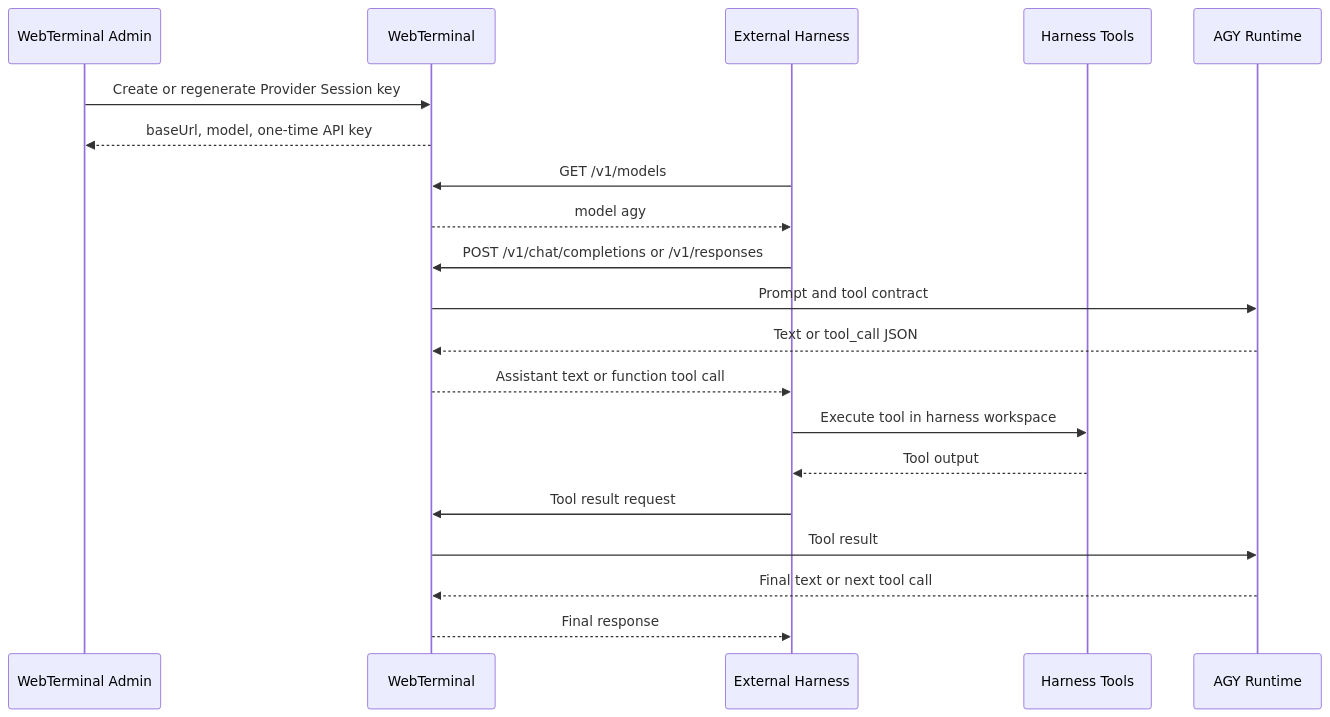
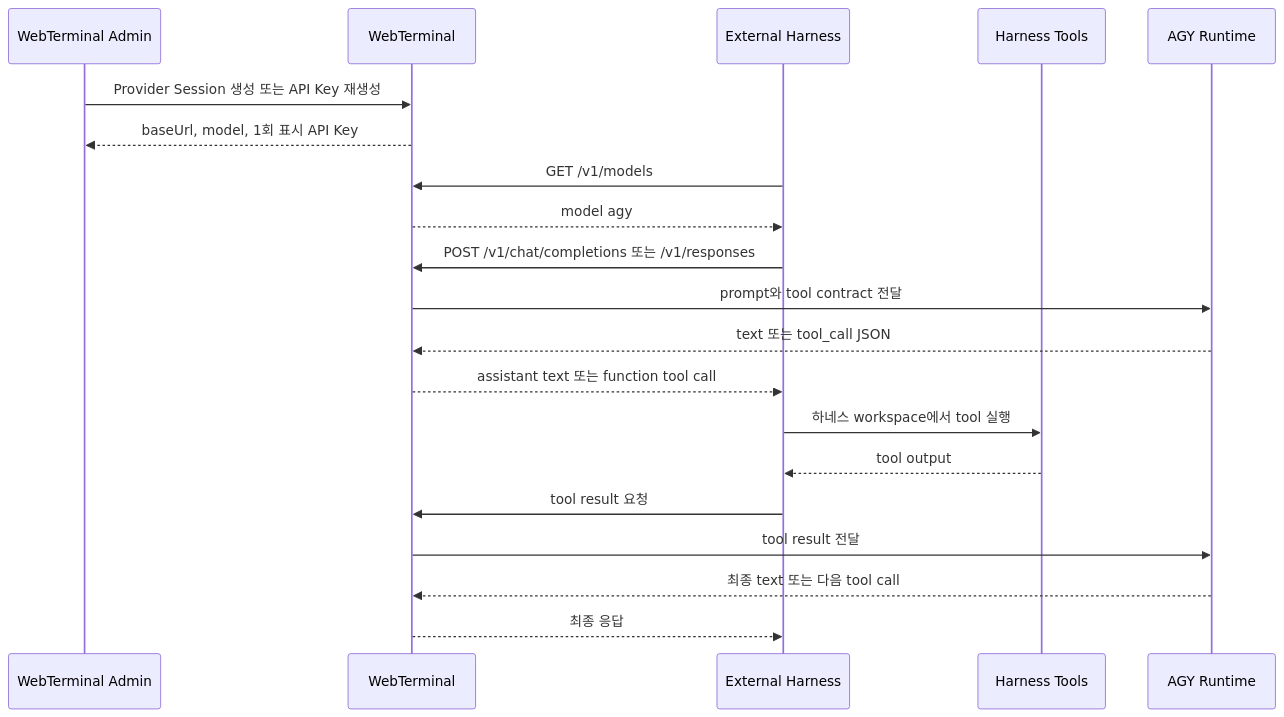
The diagram in docs/architecture/openai-provider-harness-spec.md (Terkiss/WebTerminal), drawn with Mermaid before and after one commit. The commit also changed other lines of this file, not shown here.

Commit message:
Translate provider harness spec to Korean

````diff
--- a/docs/architecture/openai-provider-harness-spec.md
+++ b/docs/architecture/openai-provider-harness-spec.md
@@ -14,23 +19,23 @@
 ```mermaid
 sequenceDiagram
     participant Admin as WebTerminal Admin
     participant WT as WebTerminal
     participant H as External Harness
     participant T as Harness Tools
     participant AGY as AGY Runtime
 
-    Admin->>WT: Create or regenerate Provider Session key
-    WT-->>Admin: baseUrl, model, one-time API key
+    Admin->>WT: Provider Session 생성 또는 API Key 재생성
+    WT-->>Admin: baseUrl, model, 1회 표시 API Key
     H->>WT: GET /v1/models
     WT-->>H: model agy
-    H->>WT: POST /v1/chat/completions or /v1/responses
-    WT->>AGY: Prompt and tool contract
-    AGY-->>WT: Text or tool_call JSON
-    WT-->>H: Assistant text or function tool call
-    H->>T: Execute tool in harness workspace
-    T-->>H: Tool output
-    H->>WT: Tool result request
-    WT->>AGY: Tool result
-    AGY-->>WT: Final text or next tool call
-    WT-->>H: Final response
+    H->>WT: POST /v1/chat/completions 또는 /v1/responses
+    WT->>AGY: prompt와 tool contract 전달
+    AGY-->>WT: text 또는 tool_call JSON
+    WT-->>H: assistant text 또는 function tool call
+    H->>T: 하네스 workspace에서 tool 실행
+    T-->>H: tool output
+    H->>WT: tool result 요청
+    WT->>AGY: tool result 전달
+    AGY-->>WT: 최종 text 또는 다음 tool call
+    WT-->>H: 최종 응답
 ```
````
